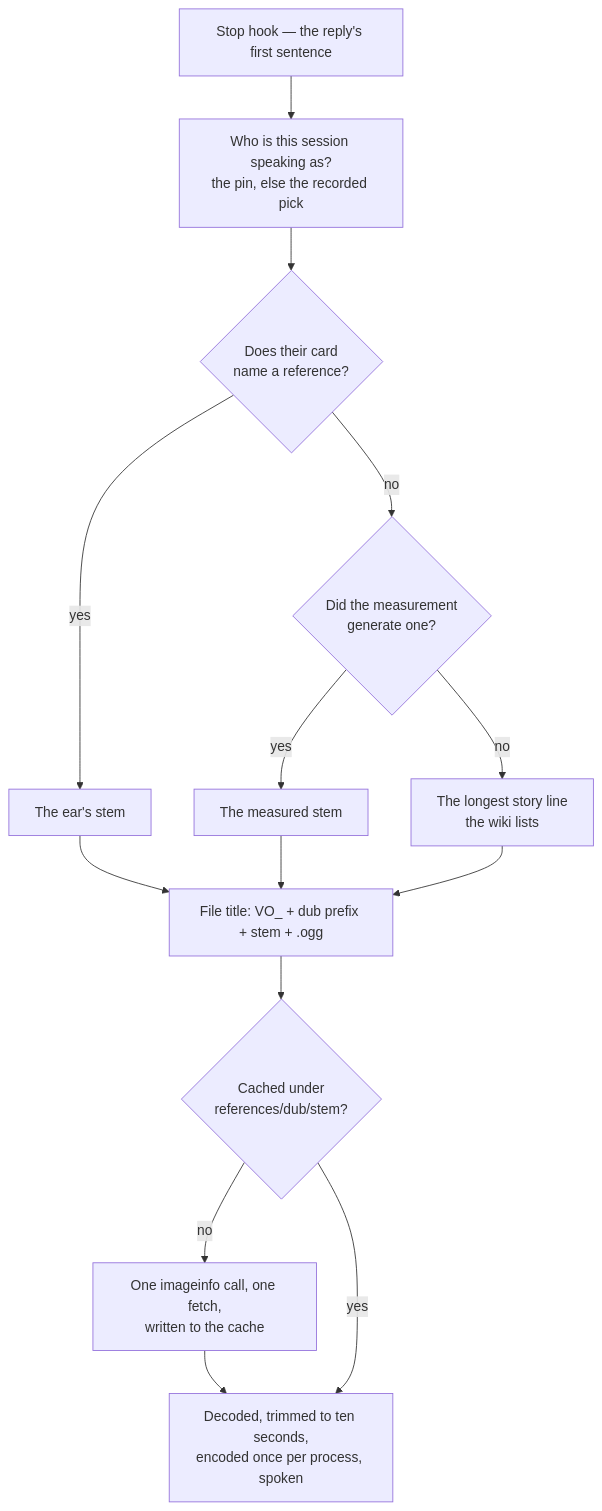
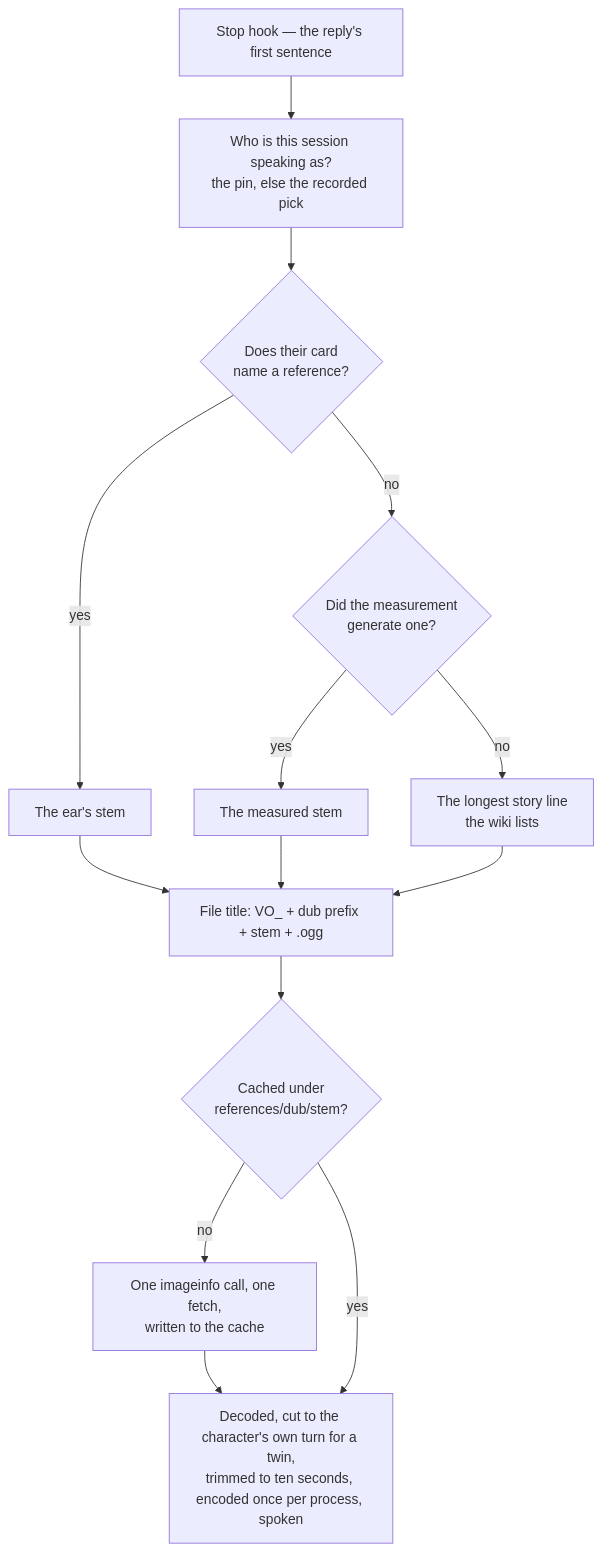
One commit to Esposter/Esposter changed the diagram in apps/web/content/docs/infra/claude-interface/per-character-voices.md. Above: the diagram before and after it, drawn with Mermaid. The commit also changed other lines of this file and 26 other files, not shown here.

````diff
--- a/apps/web/content/docs/infra/claude-interface/per-character-voices.md
+++ b/apps/web/content/docs/infra/claude-interface/per-character-voices.md
@@ -25,23 +25,23 @@
 ```mermaid
 flowchart TD
     Reply["Stop hook — the reply's first sentence"]
     Who["Who is this session speaking as?<br/>the pin, else the recorded pick"]
     Card{"Does their card<br/>name a reference?"}
     Map{"Did the measurement<br/>generate one?"}
     CardStem["The ear's stem"]
     MapStem["The measured stem"]
     Longest["The longest story line<br/>the wiki lists"]
     Title["File title: VO_ + dub prefix + stem + .ogg"]
     Cache{"Cached under<br/>references/dub/stem?"}
     Fetch["One imageinfo call, one fetch,<br/>written to the cache"]
-    Clone["Decoded, trimmed to ten seconds,<br/>encoded once per process, spoken"]
+    Clone["Decoded, cut to the character's own turn for a twin,<br/>trimmed to ten seconds, encoded once per process, spoken"]
 
     Reply --> Who --> Card
     Card -- yes --> CardStem --> Title
     Card -- no --> Map
     Map -- yes --> MapStem --> Title
     Map -- no --> Longest --> Title
     Title --> Cache
     Cache -- no --> Fetch --> Clone
     Cache -- yes --> Clone
 ```
````
